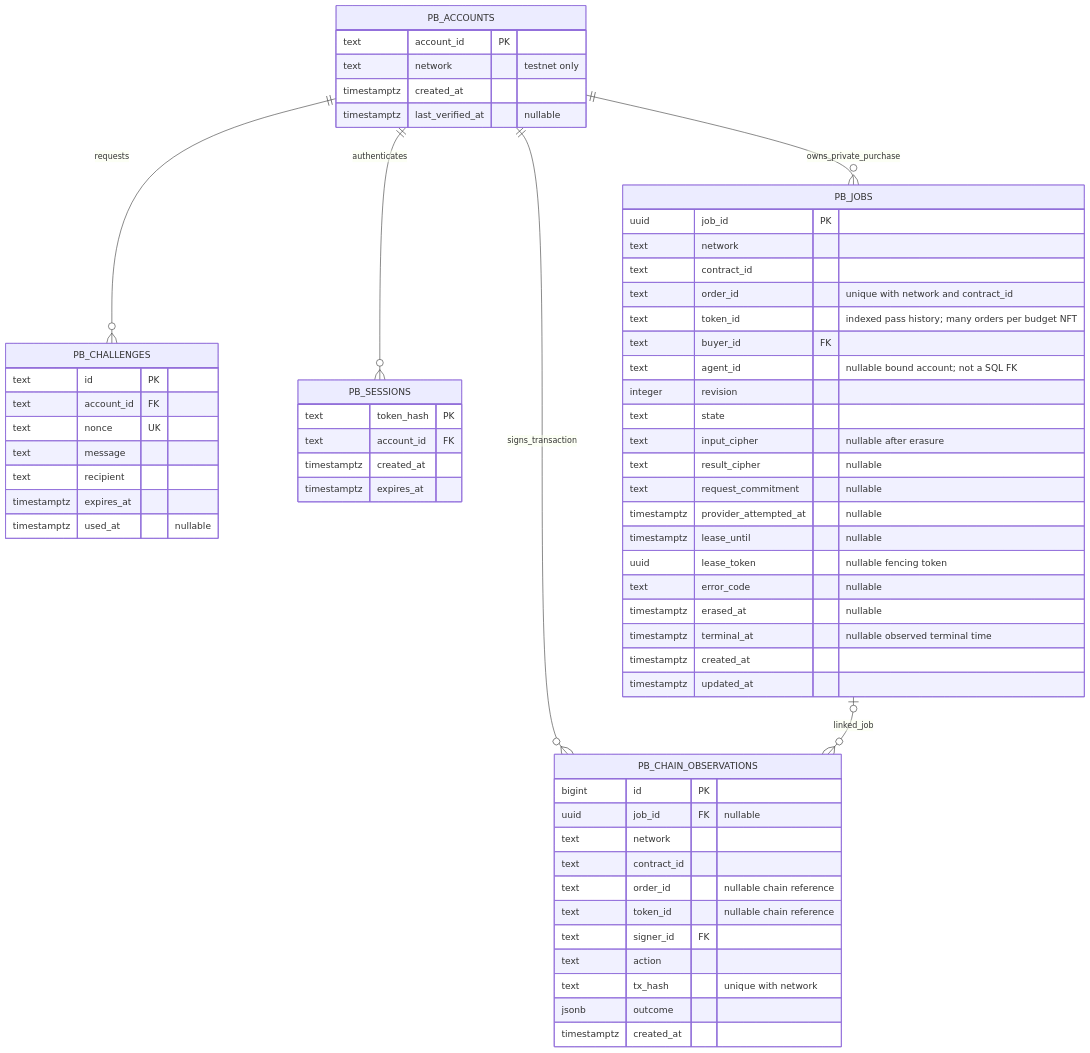
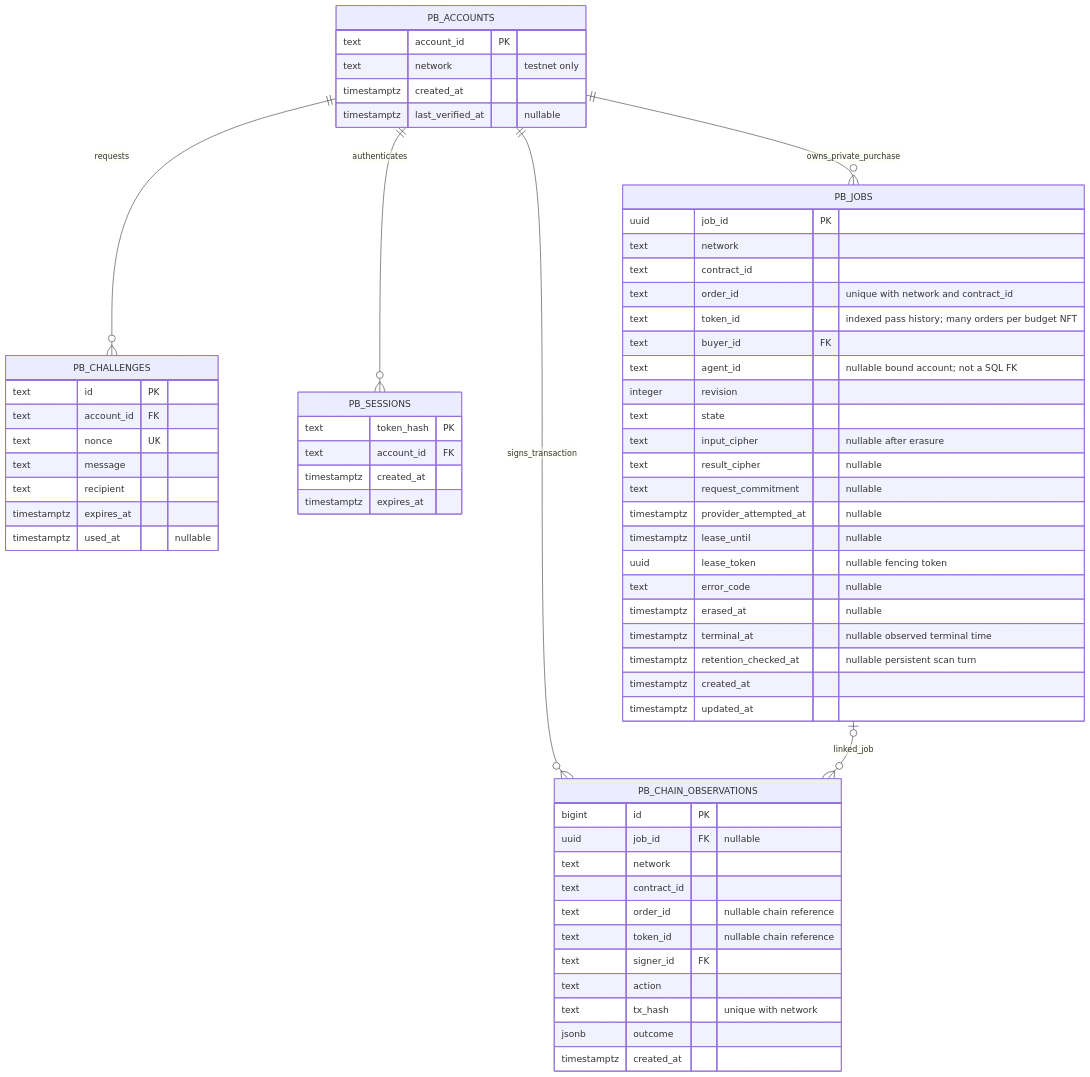
The first of 2 diagrams in docs/database/ERD.md (EndPx/proofbill), drawn with Mermaid before and after one commit. The commit also changed other lines of this file and 8 other files, not shown here.

Commit message:
fix(retention): rotate persisted scan turns and isolate failed chain reads

````diff
--- a/docs/database/ERD.md
+++ b/docs/database/ERD.md
@@ -24,65 +24,66 @@
 ```mermaid
 erDiagram
     PB_ACCOUNTS ||--o{ PB_CHALLENGES : requests
     PB_ACCOUNTS ||--o{ PB_SESSIONS : authenticates
     PB_ACCOUNTS ||--o{ PB_JOBS : owns_private_purchase
     PB_ACCOUNTS ||--o{ PB_CHAIN_OBSERVATIONS : signs_transaction
     PB_JOBS o|--o{ PB_CHAIN_OBSERVATIONS : linked_job
 
     PB_ACCOUNTS {
         text account_id PK
         text network "testnet only"
         timestamptz created_at
         timestamptz last_verified_at "nullable"
     }
     PB_CHALLENGES {
         text id PK
         text account_id FK
         text nonce UK
         text message
         text recipient
         timestamptz expires_at
         timestamptz used_at "nullable"
     }
     PB_SESSIONS {
         text token_hash PK
         text account_id FK
         timestamptz created_at
         timestamptz expires_at
     }
     PB_JOBS {
         uuid job_id PK
         text network
         text contract_id
         text order_id "unique with network and contract_id"
         text token_id "indexed pass history; many orders per budget NFT"
         text buyer_id FK
         text agent_id "nullable bound account; not a SQL FK"
         integer revision
         text state
         text input_cipher "nullable after erasure"
         text result_cipher "nullable"
         text request_commitment "nullable"
         timestamptz provider_attempted_at "nullable"
         timestamptz lease_until "nullable"
         uuid lease_token "nullable fencing token"
         text error_code "nullable"
         timestamptz erased_at "nullable"
         timestamptz terminal_at "nullable observed terminal time"
+        timestamptz retention_checked_at "nullable persistent scan turn"
         timestamptz created_at
         timestamptz updated_at
     }
     PB_CHAIN_OBSERVATIONS {
         bigint id PK
         uuid job_id FK "nullable"
         text network
         text contract_id
         text order_id "nullable chain reference"
         text token_id "nullable chain reference"
         text signer_id FK
         text action
         text tx_hash "unique with network"
         jsonb outcome
         timestamptz created_at
     }
 ```
````
